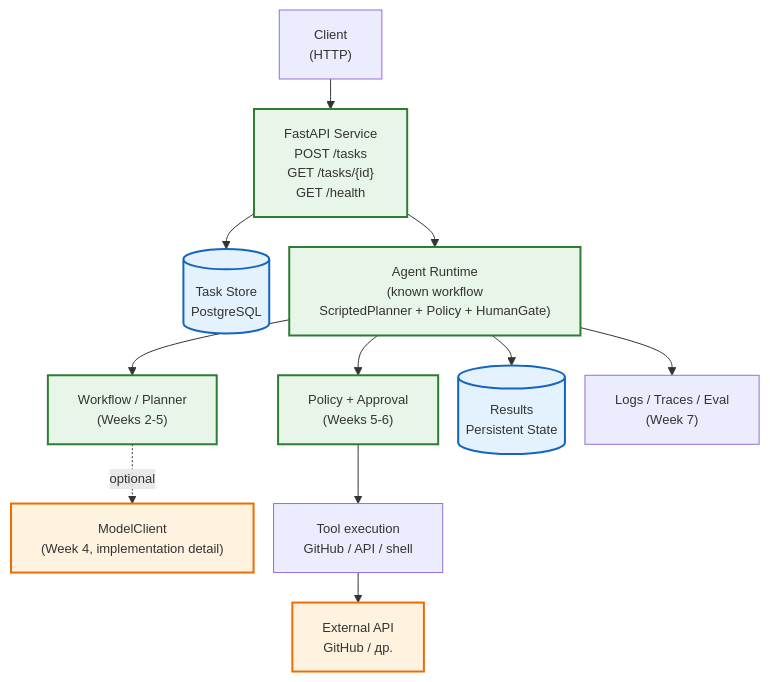
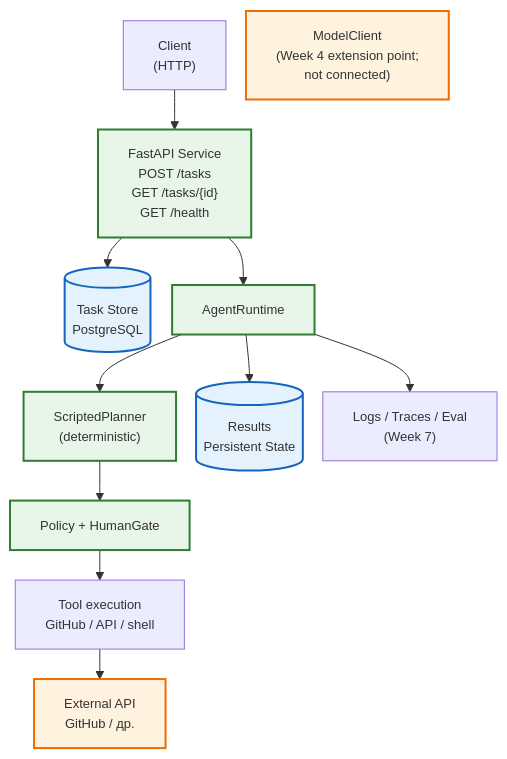
Before and after one commit to ertaipit-web/python-agent-workflow-course: the first of 2 diagrams in docs/course/week-9.md, drawn with Mermaid. The commit also changed other lines of this file and 1 other file, not shown here.

Commit message:
docs: clarify production planner and retry semantics

````diff
--- a/docs/course/week-9.md
+++ b/docs/course/week-9.md
@@ -44,21 +44,21 @@
 ```mermaid
 %%{init: {"flowchart": {"useMaxWidth": false, "nodeSpacing": 20, "rankSpacing": 30, "wrappingWidth": 500}, "themeVariables": {"fontSize": "13px"}}}%%
 flowchart TD
     Client["Client\n(HTTP)"] --> FastAPI["FastAPI Service\nPOST /tasks\nGET /tasks/{id}\nGET /health"]
     FastAPI --> TaskStore[("Task Store\nPostgreSQL")]
-    FastAPI --> Runtime["Agent Runtime\n(known workflow\nScriptedPlanner + Policy + HumanGate)"]
-    Runtime --> Planner["Workflow / Planner\n(Weeks 2-5)"]
-    Runtime --> Policy["Policy + Approval\n(Weeks 5-6)"]
-    Planner -. optional .-> Model["ModelClient\n(Week 4, implementation detail)"]
+    FastAPI --> Runtime["AgentRuntime"]
+    Runtime --> Planner["ScriptedPlanner\n(deterministic)"]
+    Planner --> Policy["Policy + HumanGate"]
     Policy --> Tools["Tool execution\nGitHub / API / shell"]
     Tools --> External["External API\nGitHub / др."]
     Runtime --> Results[("Results\nPersistent State")]
     Runtime --> Observability["Logs / Traces / Eval\n(Week 7)"]
+    Model["ModelClient\n(Week 4 extension point;\nnot connected)"]
     classDef svc fill:#e8f5e9,stroke:#2e7d32,stroke-width:2px;
     classDef db fill:#e3f2fd,stroke:#1565c0,stroke-width:2px;
     classDef ext fill:#fff3e0,stroke:#ef6c00,stroke-width:2px;
     classDef core fill:#e8f5e9,stroke:#1b5e20,stroke-width:2px;
     class FastAPI,Runtime,Planner,Policy svc;
     class TaskStore,Results db;
     class Model,External ext;
 ```
````
